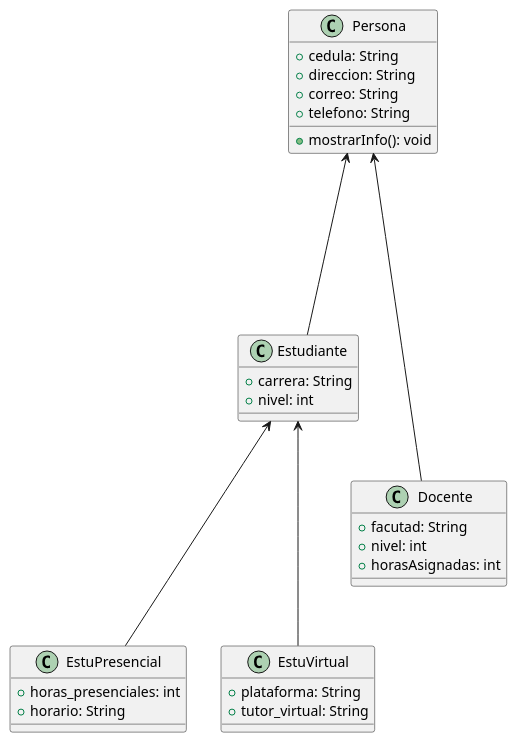
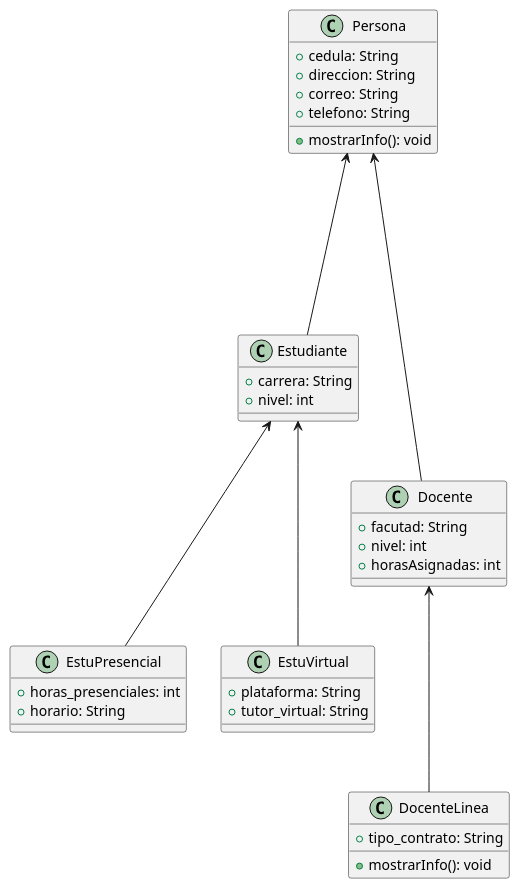
One commit to Kyara2005/Practica_clase changed the diagram in src/Persona.puml. Above: the diagram before and after it, drawn with PlantUML. The commit also changed 7 other files, not shown here.

```diff
--- a/src/Persona.puml
+++ b/src/Persona.puml
@@ -1,32 +1,37 @@
 @startuml
 class Persona{
 +cedula: String
 +direccion: String
 +correo: String
 +telefono: String
 +mostrarInfo(): void
 }
 
 class Estudiante {
 +carrera: String
 +nivel: int
 }
 class Docente {
 +facutad: String
 +nivel: int
 +horasAsignadas: int
 }
 class EstuPresencial {
 +horas_presenciales: int
 +horario: String
 }
 class EstuVirtual{
 +plataforma: String
 +tutor_virtual: String
 }
+class DocenteLinea{
++tipo_contrato: String
++mostrarInfo(): void
+}
+Docente<--- DocenteLinea
 Estudiante<---EstuPresencial
 Estudiante<---EstuVirtual
 Persona <----Estudiante
 Persona<----- Docente
 
 @enduml
```
